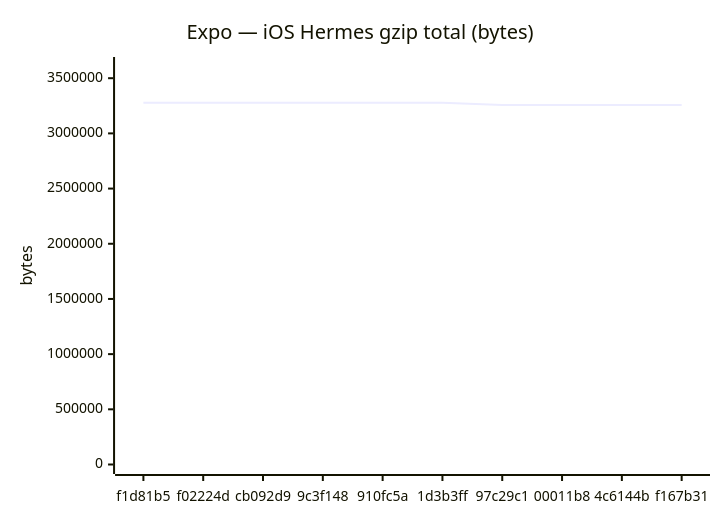
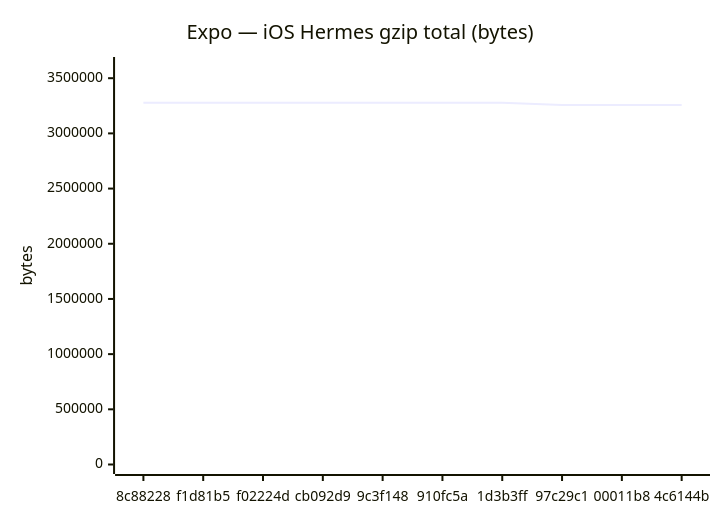
The sixth of 18 diagrams in benchmarks/compare.md (Metaheurist/Rianell), drawn with Mermaid before and after one commit. The commit also changed other lines of this file and 11 other files, not shown here.

````diff
--- a/benchmarks/compare.md
+++ b/benchmarks/compare.md
@@ -96,7 +96,7 @@
 ```mermaid
 xychart-beta
     title "Expo — iOS Hermes gzip total (bytes)"
-    x-axis ["f1d81b5", "f02224d", "cb092d9", "9c3f148", "910fc5a", "1d3b3ff", "97c29c1", "00011b8", "4c6144b", "f167b31"]
+    x-axis ["8c88228", "f1d81b5", "f02224d", "cb092d9", "9c3f148", "910fc5a", "1d3b3ff", "97c29c1", "00011b8", "4c6144b"]
     y-axis "bytes" 0 --> 3606021
-    line [3278200, 3278200, 3278198, 3278199, 3277688, 3278198, 3258272, 3258276, 3258273, 3258270]
+    line [3277689, 3278200, 3278200, 3278198, 3278199, 3277688, 3278198, 3258272, 3258276, 3258273]
 ```
````
